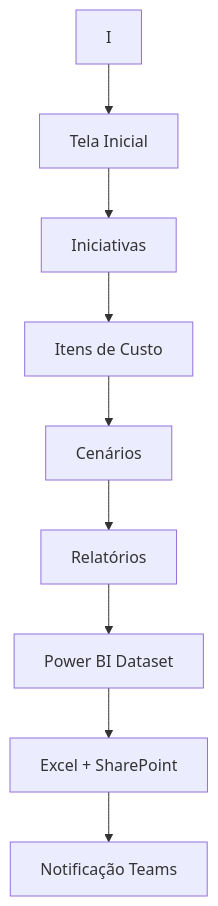
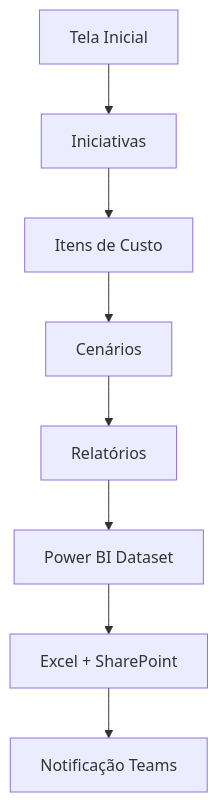
The diagram in content/en/docs/planejamento-integrado/doc_planejamento_integrado.md (luigicaetano/APMDDocumentacao), drawn with Mermaid before and after one commit.

Commit message:
visão geral teste

````diff
--- a/content/en/docs/planejamento-integrado/doc_planejamento_integrado.md
+++ b/content/en/docs/planejamento-integrado/doc_planejamento_integrado.md
@@ -26,11 +26,10 @@
 ```mermaid
 graph TD
     A[Tela Inicial]--> B[Iniciativas]
     B--> C[Itens de Custo]
     C --> D[Cenários]
     D--> E[Relatórios]
     E --> F[Power BI Dataset]
     F --> G[Excel + SharePoint]
     G --> H[Notificação Teams]
-    I --> A[Tela Inicial]
 ```
````
